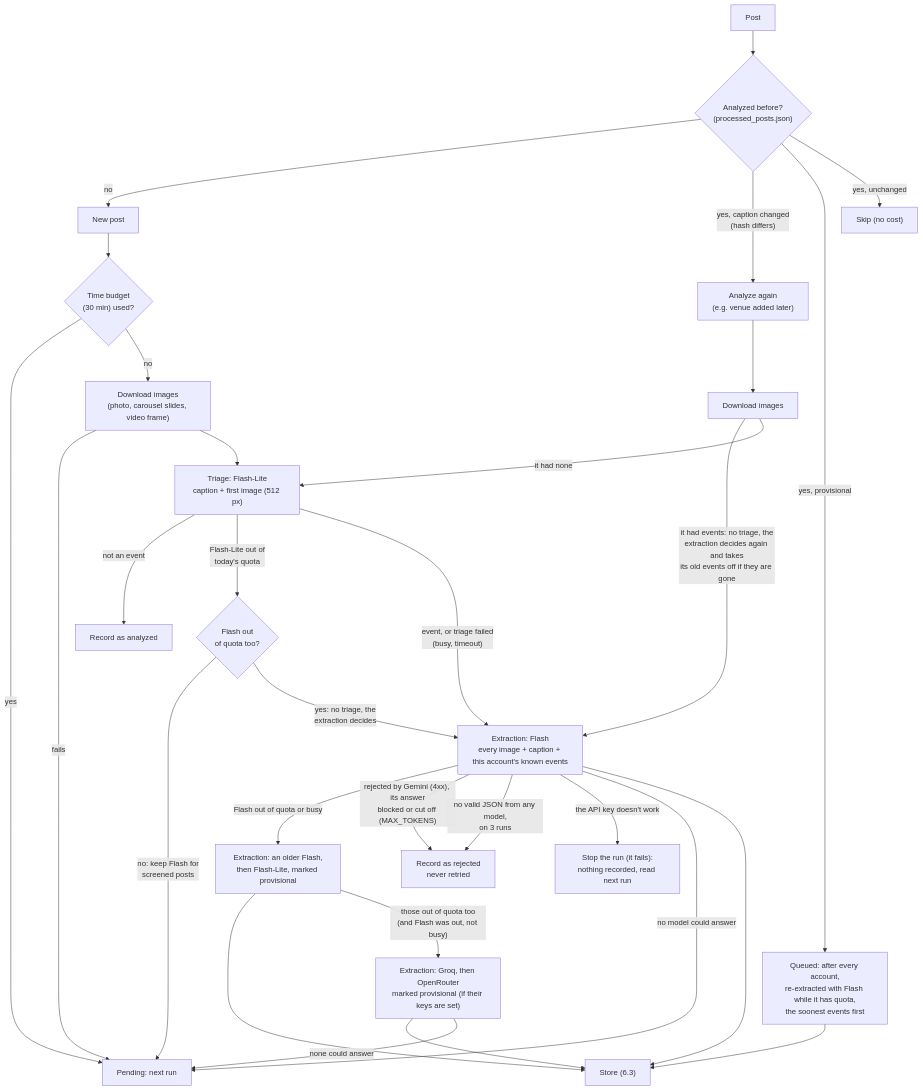
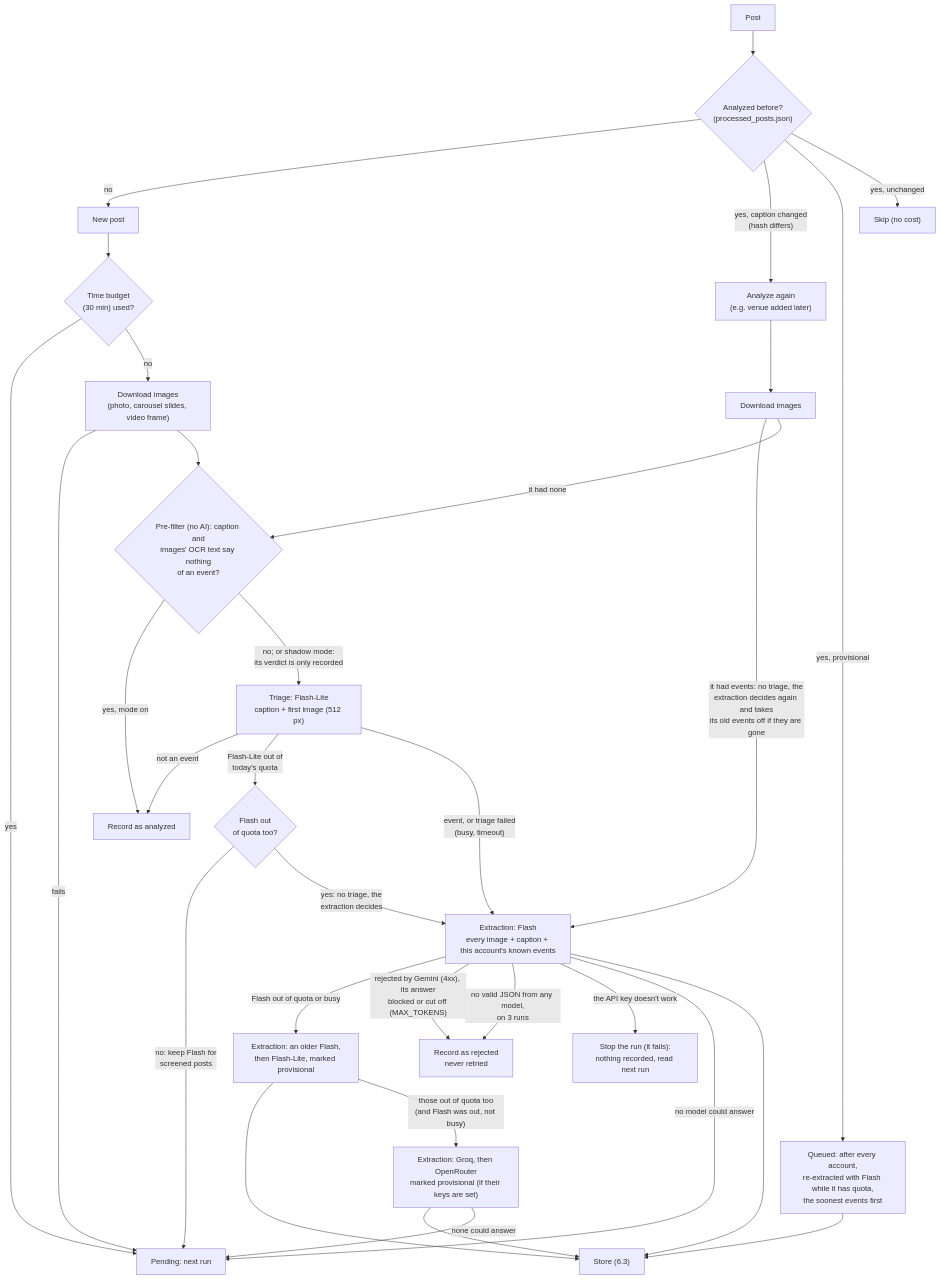
The fourth of 12 diagrams in docs/ARCHITECTURE.md (pa-bailar/backend), drawn with Mermaid before and after one commit. The commit also changed other lines of this file and 17 other files, not shown here.

First line of the commit message:
feat(sweep): a rule pre-filter before the triage, in shadow mode

````diff
--- a/docs/ARCHITECTURE.md
+++ b/docs/ARCHITECTURE.md
@@ -544,31 +544,34 @@
 ```mermaid
 flowchart TD
     P["Post"] --> Q{"Analyzed before?<br/>(processed_posts.json)"}
     Q -->|no| N["New post"]
     Q -->|"yes, caption changed<br/>(hash differs)"| RE["Analyze again<br/>(e.g. venue added later)"]
     Q -->|"yes, provisional"| UP["Queued: after every account,<br/>re-extracted with Flash while it has quota,<br/>the soonest events first"]
     Q -->|"yes, unchanged"| SKIP["Skip (no cost)"]
     N --> T{"Time budget<br/>(30 min) used?"}
     T -->|yes| PEND["Pending: next run"]
     T -->|no| IMG["Download images<br/>(photo, carousel slides, video frame)"]
     RE --> IMG2["Download images"] -->|"it had events: no triage, the<br/>extraction decides again and takes<br/>its old events off if they are gone"| EX
-    IMG2 -->|"it had none"| TR
+    IMG2 -->|"it had none"| PF
     IMG -->|fails| PEND
-    IMG --> TR["Triage: Flash-Lite<br/>caption + first image (512 px)"]
+    IMG --> PF{"Pre-filter (no AI): caption and<br/>images' OCR text say nothing<br/>of an event?"}
+    PF -->|"yes, mode on"| REC
+    PF -->|"no; or shadow mode:<br/>its verdict is only recorded"| TR
+    TR["Triage: Flash-Lite<br/>caption + first image (512 px)"]
     TR -->|"not an event"| REC["Record as analyzed"]
     TR -->|"Flash-Lite out of<br/>today's quota"| TLR{"Flash out<br/>of quota too?"}
     TLR -->|"no: keep Flash for<br/>screened posts"| PEND
     TLR -->|"yes: no triage, the<br/>extraction decides"| EX
     TR -->|"event, or triage failed<br/>(busy, timeout)"| EX["Extraction: Flash<br/>every image + caption + this account's known events"]
     EX -->|"Flash out of quota or busy"| PROV["Extraction: an older Flash,<br/>then Flash-Lite, marked provisional"]
     EX -->|"rejected by Gemini (4xx), its answer<br/>blocked or cut off (MAX_TOKENS)"| REJ["Record as rejected<br/>never retried"]
     EX -->|"no valid JSON from any model,<br/>on 3 runs"| REJ
     EX -->|"the API key doesn't work"| STOP["Stop the run (it fails):<br/>nothing recorded, read next run"]
     EX -->|"no model could answer"| PEND
     EX --> ST["Store (6.3)"]
     PROV --> ST
     PROV -->|"those out of quota too<br/>(and Flash was out, not busy)"| LAST["Extraction: Groq, then OpenRouter<br/>marked provisional (if their keys are set)"]
     LAST --> ST
     LAST -->|"none could answer"| PEND
     UP --> ST
 ```
````
